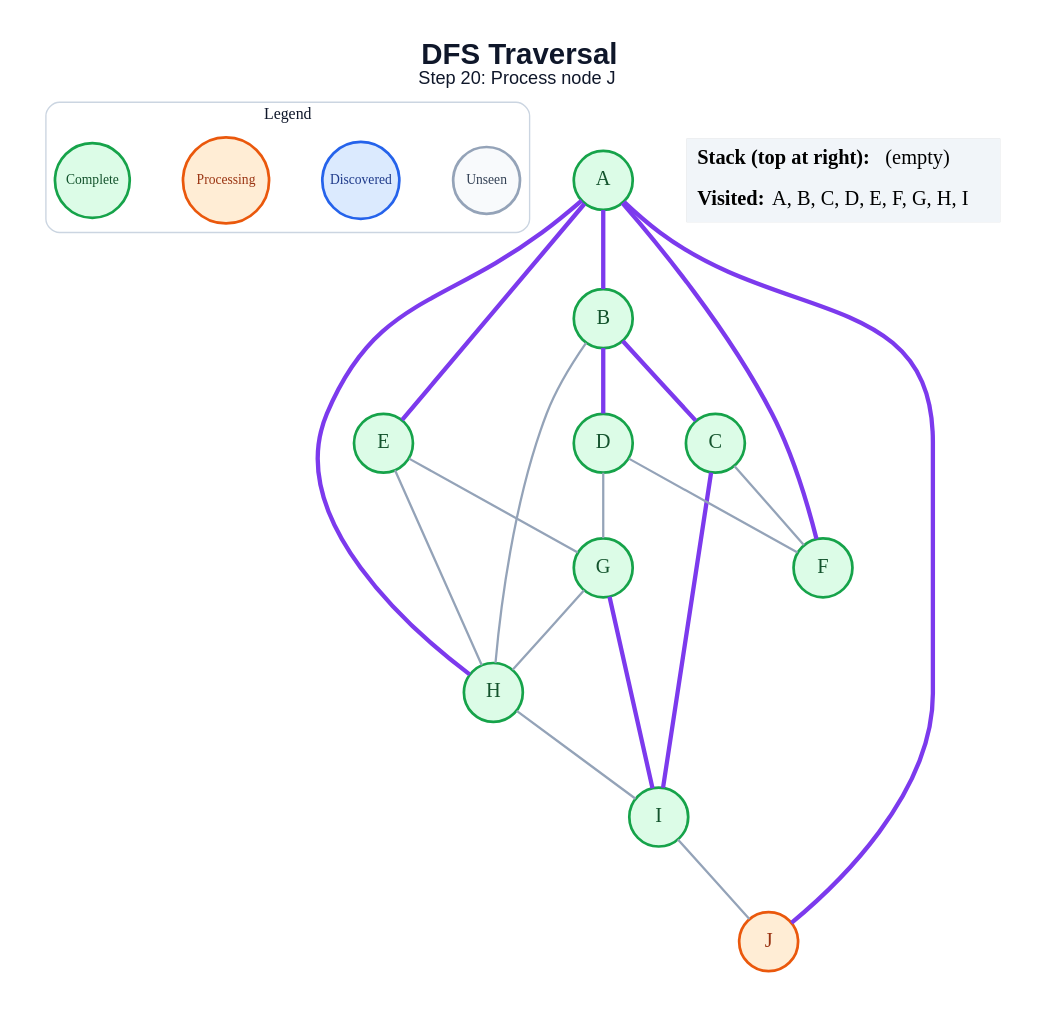
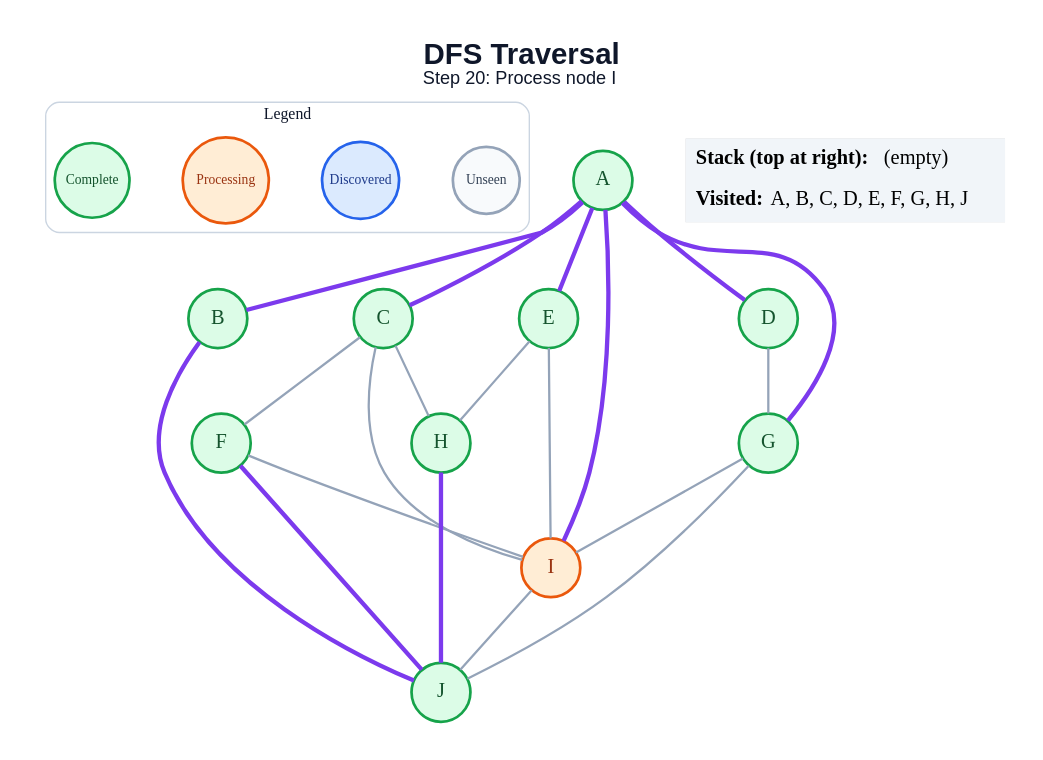
One commit to anon7238593-create/ai-slop changed the diagram in generated/dfs/step_20.dot. Above: the diagram before and after it, drawn with Graphviz. The commit also changed 179 other files, not shown here.

```diff
--- a/generated/dfs/step_20.dot
+++ b/generated/dfs/step_20.dot
@@ -1,47 +1,48 @@
 graph traversal {
   graph [layout=dot, rankdir=TB, bgcolor="#FFFFFF", pad="0.35", nodesep="0.65", ranksep="0.8", fontname="Arial"];
   node [shape=circle, style="filled", fontname="Arial Bold", fontsize=18, width=0.72, fixedsize=true, penwidth=2.4];
   edge [color="#94A3B8", penwidth=2.0];
-  label=<<B>DFS Traversal</B><BR/><FONT POINT-SIZE="16">Step 20: Process node J</FONT>>; labelloc="t"; fontsize=26; fontname="Arial"; fontcolor="#0F172A";
+  label=<<B>DFS Traversal</B><BR/><FONT POINT-SIZE="16">Step 20: Process node I</FONT>>; labelloc="t"; fontsize=26; fontname="Arial"; fontcolor="#0F172A";
   subgraph cluster_legend { label="Legend"; color="#CBD5E1"; penwidth=1.2; style="rounded"; fontsize=14; fontname="Arial Bold";
     key_unseen [label="Unseen", fillcolor="#F8FAFC", color="#94A3B8", fontcolor="#334155", fontsize=12, width=0.82];
     key_frontier [label="Discovered", fillcolor="#DBEAFE", color="#2563EB", fontcolor="#1E3A8A", fontsize=12, width=0.95];
     key_current [label="Processing", fillcolor="#FFEDD5", color="#EA580C", fontcolor="#9A3412", fontsize=12, width=1.05];
     key_done [label="Complete", fillcolor="#DCFCE7", color="#16A34A", fontcolor="#14532D", fontsize=12, width=0.92];
     { rank=same; key_unseen; key_frontier; key_current; key_done; }
   }
   A [fillcolor="#DCFCE7", color="#16A34A", fontcolor="#14532D"];
   B [fillcolor="#DCFCE7", color="#16A34A", fontcolor="#14532D"];
   C [fillcolor="#DCFCE7", color="#16A34A", fontcolor="#14532D"];
   D [fillcolor="#DCFCE7", color="#16A34A", fontcolor="#14532D"];
   E [fillcolor="#DCFCE7", color="#16A34A", fontcolor="#14532D"];
   F [fillcolor="#DCFCE7", color="#16A34A", fontcolor="#14532D"];
   G [fillcolor="#DCFCE7", color="#16A34A", fontcolor="#14532D"];
   H [fillcolor="#DCFCE7", color="#16A34A", fontcolor="#14532D"];
-  I [fillcolor="#DCFCE7", color="#16A34A", fontcolor="#14532D"];
-  J [fillcolor="#FFEDD5", color="#EA580C", fontcolor="#9A3412"];
+  I [fillcolor="#FFEDD5", color="#EA580C", fontcolor="#9A3412"];
+  J [fillcolor="#DCFCE7", color="#16A34A", fontcolor="#14532D"];
   A -- B [color="#7C3AED", penwidth=3.8];
+  A -- C [color="#7C3AED", penwidth=3.8];
+  A -- D [color="#7C3AED", penwidth=3.8];
   A -- E [color="#7C3AED", penwidth=3.8];
-  A -- F [color="#7C3AED", penwidth=3.8];
-  A -- H [color="#7C3AED", penwidth=3.8];
-  A -- J [color="#7C3AED", penwidth=3.8];
-  B -- C [color="#7C3AED", penwidth=3.8];
-  B -- D [color="#7C3AED", penwidth=3.8];
-  B -- H;
+  A -- G [color="#7C3AED", penwidth=3.8];
+  A -- I [color="#7C3AED", penwidth=3.8];
+  B -- J [color="#7C3AED", penwidth=3.8];
   C -- F;
-  C -- I [color="#7C3AED", penwidth=3.8];
-  D -- F;
+  C -- H;
+  C -- I;
   D -- G;
-  E -- G;
   E -- H;
-  G -- H;
-  G -- I [color="#7C3AED", penwidth=3.8];
-  H -- I;
+  E -- I;
+  F -- I;
+  F -- J [color="#7C3AED", penwidth=3.8];
+  G -- I;
+  G -- J;
+  H -- J [color="#7C3AED", penwidth=3.8];
   I -- J;
   status [shape=plain, fixedsize=false, width=0, height=0, margin=0, label=<
     <TABLE BORDER="0" CELLBORDER="0" CELLPADDING="7" BGCOLOR="#F1F5F9">
       <TR><TD ALIGN="LEFT"><B>Stack (top at right):</B> (empty)</TD></TR>
-      <TR><TD ALIGN="LEFT"><B>Visited:</B> A, B, C, D, E, F, G, H, I</TD></TR>
+      <TR><TD ALIGN="LEFT"><B>Visited:</B> A, B, C, D, E, F, G, H, J</TD></TR>
     </TABLE>
   >];
 }
```
